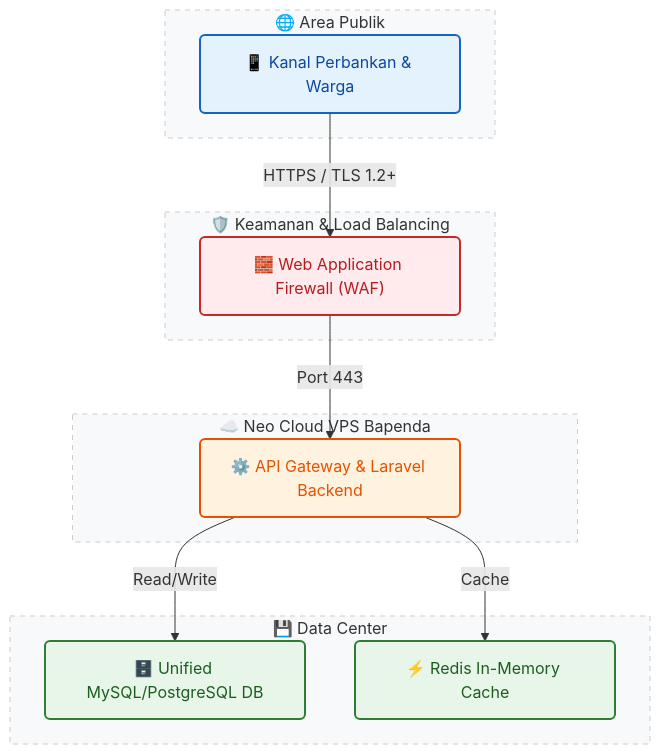
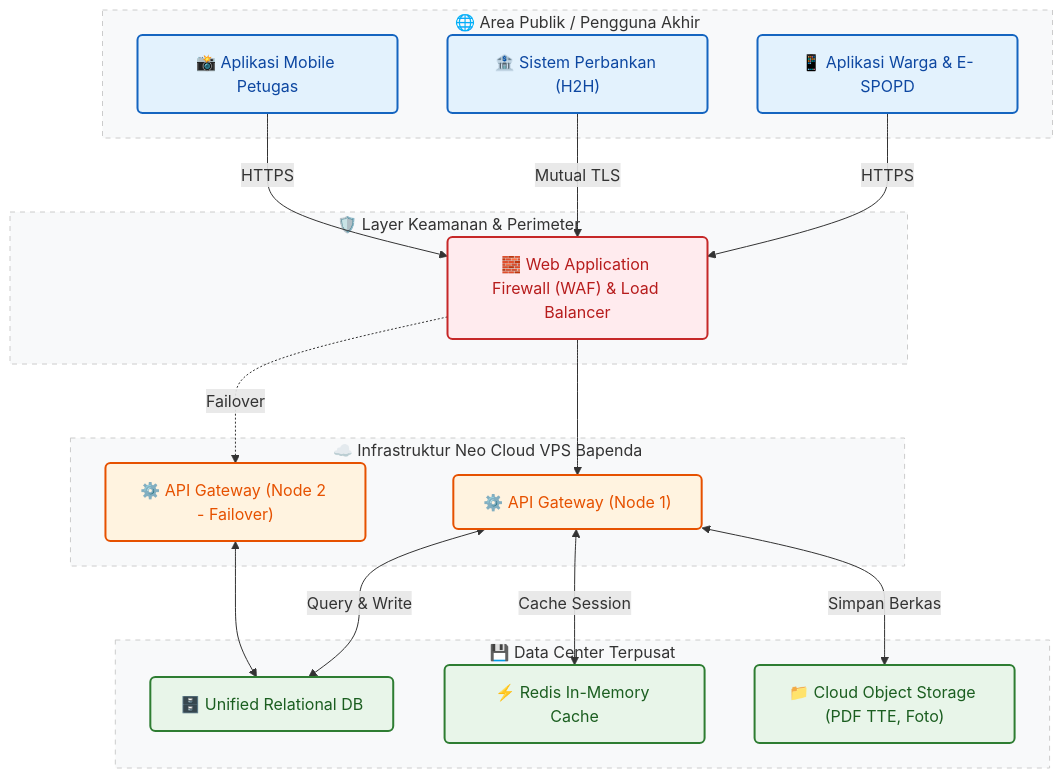
The first of 3 diagrams in docs/Dokumen_Perencanaan_Sistem_Pendapatan_Baubau.md (arif-rizal1122/retribusi-api), drawn with Mermaid before and after one commit. The commit also changed other lines of this file, not shown here.

Commit message:
Massive expansion of planning document based on Laporan Akhir reference

```diff
--- a/docs/Dokumen_Perencanaan_Sistem_Pendapatan_Baubau.md
+++ b/docs/Dokumen_Perencanaan_Sistem_Pendapatan_Baubau.md
@@ -37,35 +74,47 @@
 <div class="mermaid">
 flowchart TD
     %% Styling
     classDef cloud fill:#e3f2fd,stroke:#1565c0,stroke-width:2px,color:#0d47a1,rx:5px,ry:5px
     classDef server fill:#fff3e0,stroke:#e65100,stroke-width:2px,color:#e65100,rx:5px,ry:5px
     classDef db fill:#e8f5e9,stroke:#2e7d32,stroke-width:2px,color:#1b5e20,rx:5px,ry:5px
     classDef firewall fill:#ffebee,stroke:#c62828,stroke-width:2px,color:#b71c1c,rx:5px,ry:5px
     
     style Publik fill:#f8f9fa,stroke:#ccc,stroke-width:1px,stroke-dasharray: 5 5
     style Keamanan fill:#f8f9fa,stroke:#ccc,stroke-width:1px,stroke-dasharray: 5 5
     style VPS fill:#f8f9fa,stroke:#ccc,stroke-width:1px,stroke-dasharray: 5 5
     style DataCenter fill:#f8f9fa,stroke:#ccc,stroke-width:1px,stroke-dasharray: 5 5
 
-    subgraph Publik ["🌐 Area Publik"]
-        Client["📱 Kanal Perbankan & Warga"]:::cloud
+    subgraph Publik ["🌐 Area Publik / Pengguna Akhir"]
+        ClientWarga["📱 Aplikasi Warga & E-SPOPD"]:::cloud
+        ClientBank["🏦 Sistem Perbankan (H2H)"]:::cloud
+        ClientPetugas["📸 Aplikasi Mobile Petugas"]:::cloud
     end
 
-    subgraph Keamanan ["🛡️ Keamanan & Load Balancing"]
-        WAF["🧱 Web Application Firewall (WAF)"]:::firewall
+    subgraph Keamanan ["🛡️ Layer Keamanan & Perimeter"]
+        WAF["🧱 Web Application Firewall (WAF) & Load Balancer"]:::firewall
     end
 
-    subgraph VPS ["☁️ Neo Cloud VPS Bapenda"]
-        App["⚙️ API Gateway & Laravel Backend"]:::server
+    subgraph VPS ["☁️ Infrastruktur Neo Cloud VPS Bapenda"]
+        AppNode1["⚙️ API Gateway (Node 1)"]:::server
+        AppNode2["⚙️ API Gateway (Node 2 - Failover)"]:::server
     end
 
-    subgraph DataCenter ["💾 Data Center"]
-        DB["🗄️ Unified MySQL/PostgreSQL DB"]:::db
+    subgraph DataCenter ["💾 Data Center Terpusat"]
+        DB["🗄️ Unified Relational DB"]:::db
         Redis["⚡ Redis In-Memory Cache"]:::db
+        Storage["📁 Cloud Object Storage (PDF TTE, Foto)"]:::db
     end
 
-    Client -->|HTTPS / TLS 1.2+| WAF
-    WAF -->|Port 443| App
-    App -->|Read/Write| DB
-    App -->|Cache| Redis
+    ClientWarga -->|HTTPS| WAF
+    ClientBank -->|Mutual TLS| WAF
+    ClientPetugas -->|HTTPS| WAF
+    
+    WAF --> AppNode1
+    WAF -.->|Failover| AppNode2
+    
+    AppNode1 <-->|Query & Write| DB
+    AppNode1 <-->|Cache Session| Redis
+    AppNode1 <-->|Simpan Berkas| Storage
+    
+    AppNode2 <--> DB
 </div>
```
